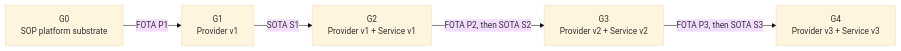
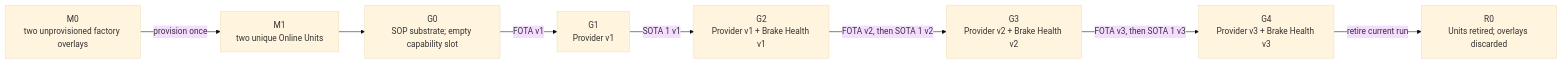
The first of 17 diagrams in docs/architecture/demo-scenario-architecture-flows.md (alexmaninblack/aosedge-sdv-demo), drawn with Mermaid (base theme) before and after one commit. The commit also changed other lines of this file and 51 other files, not shown here.

````diff
--- a/docs/architecture/demo-scenario-architecture-flows.md
+++ b/docs/architecture/demo-scenario-architecture-flows.md
@@ -78,13 +108,18 @@
 ```mermaid
 flowchart LR
-    G0["G0<br/>SOP platform substrate"]
+    M0["M0<br/>two unprovisioned factory overlays"]
+    M1["M1<br/>two unique Online Units"]
+    G0["G0<br/>SOP substrate; empty capability slot"]
     G1["G1<br/>Provider v1"]
-    G2["G2<br/>Provider v1 + Service v1"]
-    G3["G3<br/>Provider v2 + Service v2"]
-    G4["G4<br/>Provider v3 + Service v3"]
+    G2["G2<br/>Provider v1 + Brake Health v1"]
+    G3["G3<br/>Provider v2 + Brake Health v2"]
+    G4["G4<br/>Provider v3 + Brake Health v3"]
+    R0["R0<br/>Units retired; overlays discarded"]
 
-    G0 -->|"FOTA P1"| G1
-    G1 -->|"SOTA S1"| G2
-    G2 -->|"FOTA P2, then SOTA S2"| G3
-    G3 -->|"FOTA P3, then SOTA S3"| G4
+    M0 -->|"provision once"| M1 --> G0
+    G0 -->|"FOTA v1"| G1
+    G1 -->|"SOTA 1 v1"| G2
+    G2 -->|"FOTA v2, then SOTA 1 v2"| G3
+    G3 -->|"FOTA v3, then SOTA 1 v3"| G4
+    G4 -->|"retire current run"| R0
 ```
````
